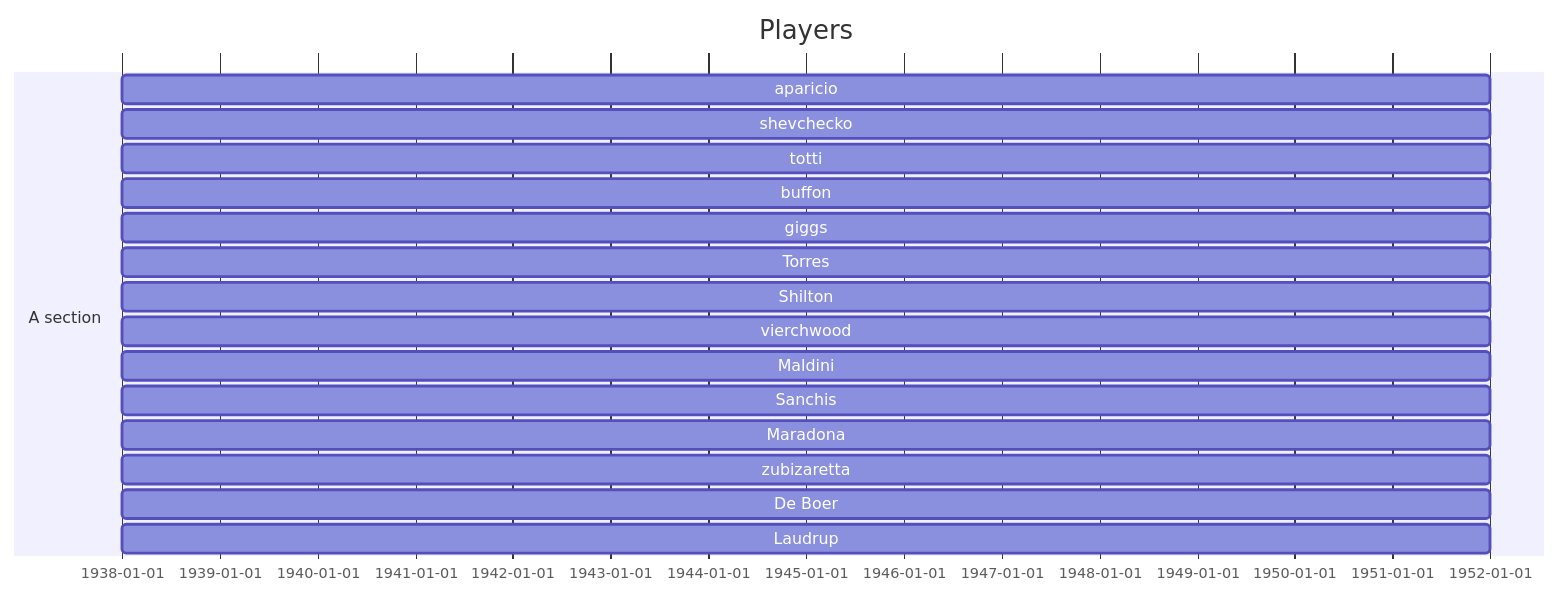
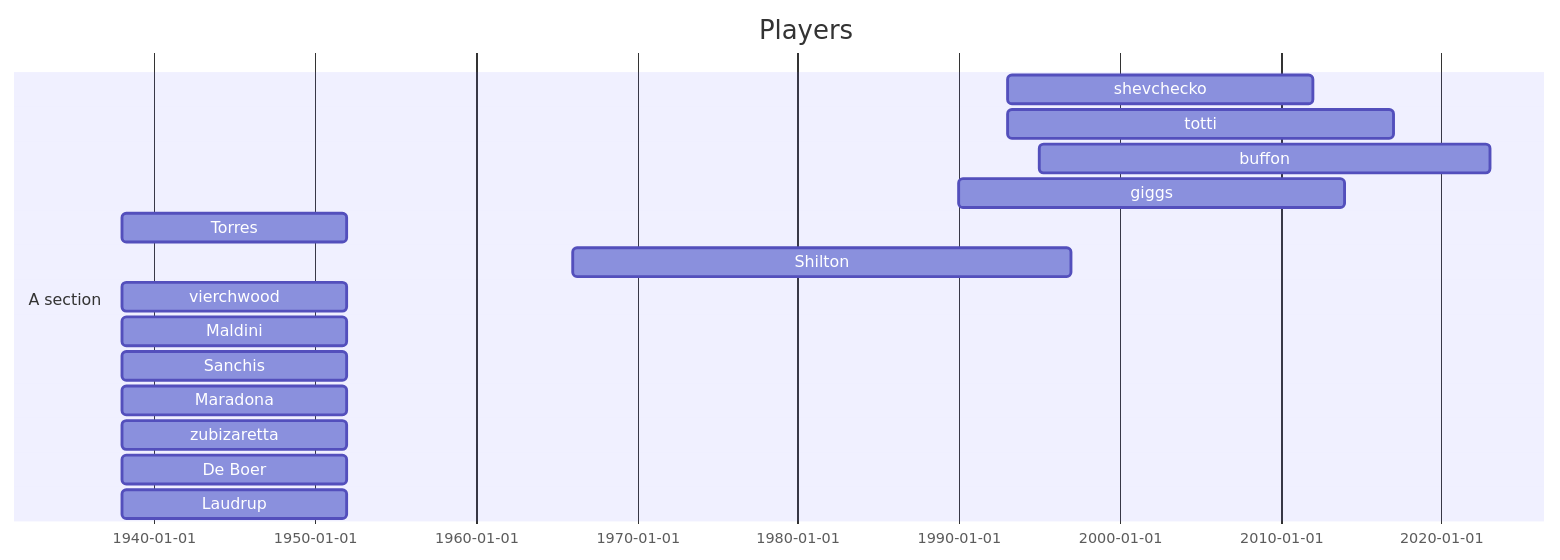
One commit to sarnobat/mermaid changed the first of 6 diagrams in README.md. Above: the diagram before and after it, drawn with Mermaid.

````diff
--- a/README.md
+++ b/README.md
@@ -7,21 +7,20 @@
 ```mermaid
 gantt
 dateFormat  YYYY
 title Players
 
 section A section
-aparicio    : 1938,1952
-shevchecko    : 1938,1952
-totti    : 1938,1952
-buffon    : 1938,1952
-giggs    : 1938,1952
+shevchecko    : 1993,2012
+totti    : 1993,2017
+buffon    : 1995,2023
+giggs    : 1990,2014
 Torres    : 1938,1952
-Shilton    : 1938,1952
+Shilton    : 1966,1997
 vierchwood    : 1938,1952
 Maldini    : 1938,1952
 Sanchis    : 1938,1952
 Maradona    : 1938,1952
 zubizaretta    : 1938,1952
 De Boer    : 1938,1952
 Laudrup    : 1938,1952
 ```
````
